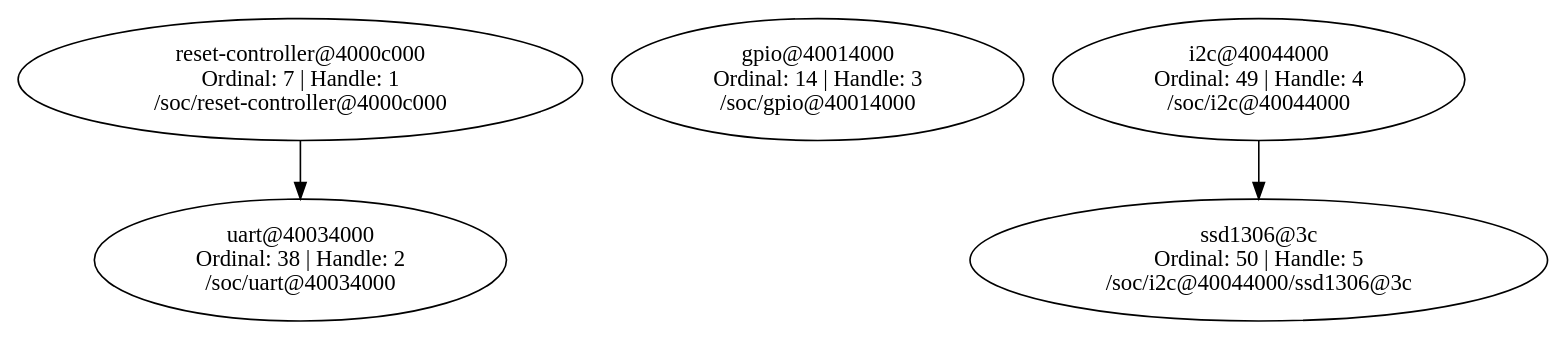
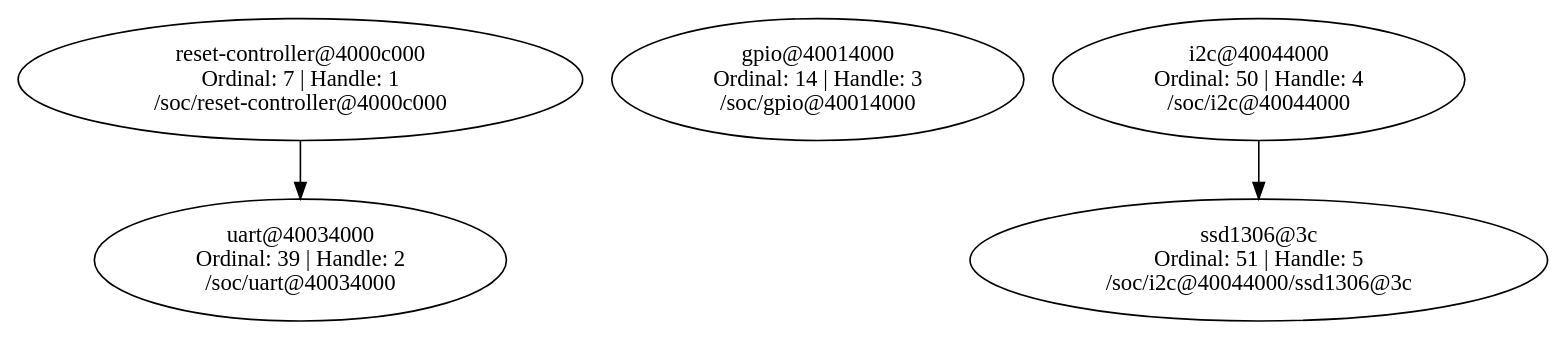
Before and after one commit to Diseno-electronico-2023-1/evse-rp2040-hardware: the diagram in display/build/zephyr/dev_graph.dot, drawn with Graphviz. The commit also changed 584 other files, not shown here.

```diff
--- a/display/build/zephyr/dev_graph.dot
+++ b/display/build/zephyr/dev_graph.dot
@@ -1,10 +1,10 @@
-// C:/Users/sergi/zephyrproject/evse-rp2040-hardware/display/build/zephyr/zephyr_pre0.elf
+// /home/afrodri/zephyrproject/evse-rp2040-hardware/display/build/zephyr/zephyr_pre0.elf
 digraph "Device dependency graph" {
 	7 [label="reset-controller@4000c000\nOrdinal: 7 | Handle: 1\n/soc/reset-controller@4000c000"]
-	38 [label="uart@40034000\nOrdinal: 38 | Handle: 2\n/soc/uart@40034000"]
+	39 [label="uart@40034000\nOrdinal: 39 | Handle: 2\n/soc/uart@40034000"]
 	14 [label="gpio@40014000\nOrdinal: 14 | Handle: 3\n/soc/gpio@40014000"]
-	49 [label="i2c@40044000\nOrdinal: 49 | Handle: 4\n/soc/i2c@40044000"]
-	50 [label="ssd1306@3c\nOrdinal: 50 | Handle: 5\n/soc/i2c@40044000/ssd1306@3c"]
-	7 -> 38
-	49 -> 50
+	50 [label="i2c@40044000\nOrdinal: 50 | Handle: 4\n/soc/i2c@40044000"]
+	51 [label="ssd1306@3c\nOrdinal: 51 | Handle: 5\n/soc/i2c@40044000/ssd1306@3c"]
+	7 -> 39
+	50 -> 51
 }
```
